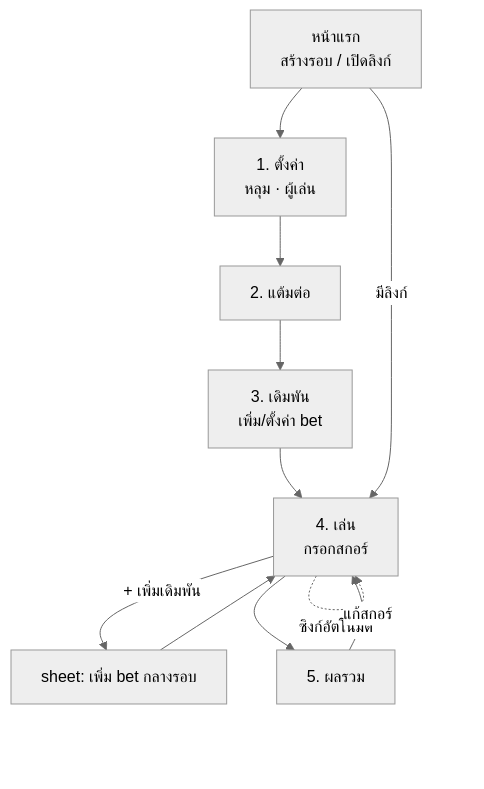
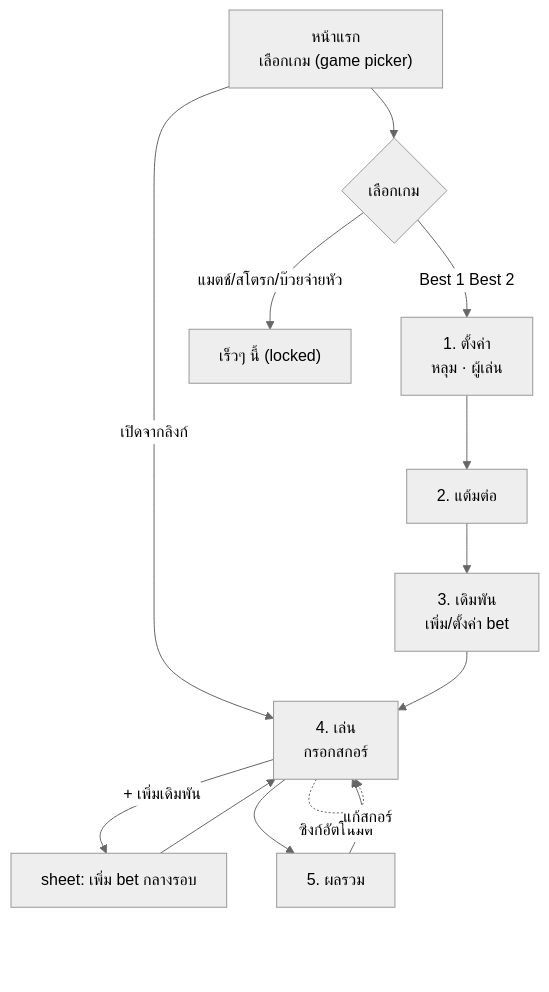
One commit to Waritth/yordor changed the diagram in docs/05_UI_FLOWS.md. Above: the diagram before and after it, drawn with Mermaid (neutral theme). The commit also changed other lines of this file and 6 other files, not shown here.

First line of the commit message:
P3.5: home = game picker

````diff
--- a/docs/05_UI_FLOWS.md
+++ b/docs/05_UI_FLOWS.md
@@ -15,14 +15,16 @@
 ```mermaid
 flowchart TD
-    Home["หน้าแรก<br/>สร้างรอบ / เปิดลิงก์"] --> Setup
+    Home["หน้าแรก<br/>เลือกเกม (game picker)"] --> Pick{"เลือกเกม"}
+    Pick -->|"Best 1 Best 2"| Setup
+    Pick -->|"แมตช์/สโตรก/บ๊วยจ่ายหัว"| Soon["เร็วๆ นี้ (locked)"]
+    Home -->|"เปิดจากลิงก์"| Play
     Setup["1. ตั้งค่า<br/>หลุม · ผู้เล่น"] --> Hcp["2. แต้มต่อ"]
     Hcp --> Bets["3. เดิมพัน<br/>เพิ่ม/ตั้งค่า bet"]
     Bets --> Play
     Play["4. เล่น<br/>กรอกสกอร์"] -->|"+ เพิ่มเดิมพัน"| AddBet["sheet: เพิ่ม bet กลางรอบ"]
     AddBet --> Play
     Play -->|"สลับมุมมอง"| Play
     Play --> Result["5. ผลรวม"]
     Result -->|"แก้สกอร์"| Play
     Play -. ซิงก์อัตโนมัติ .-> Play
-    Home -->|"มีลิงก์"| Play
 ```
````
